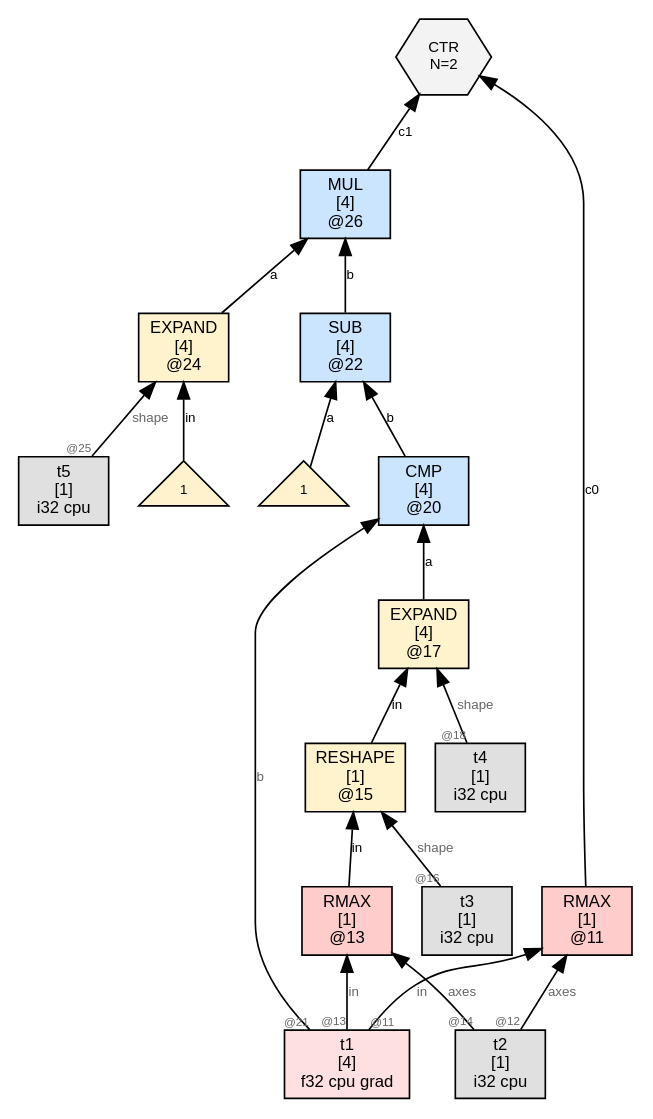
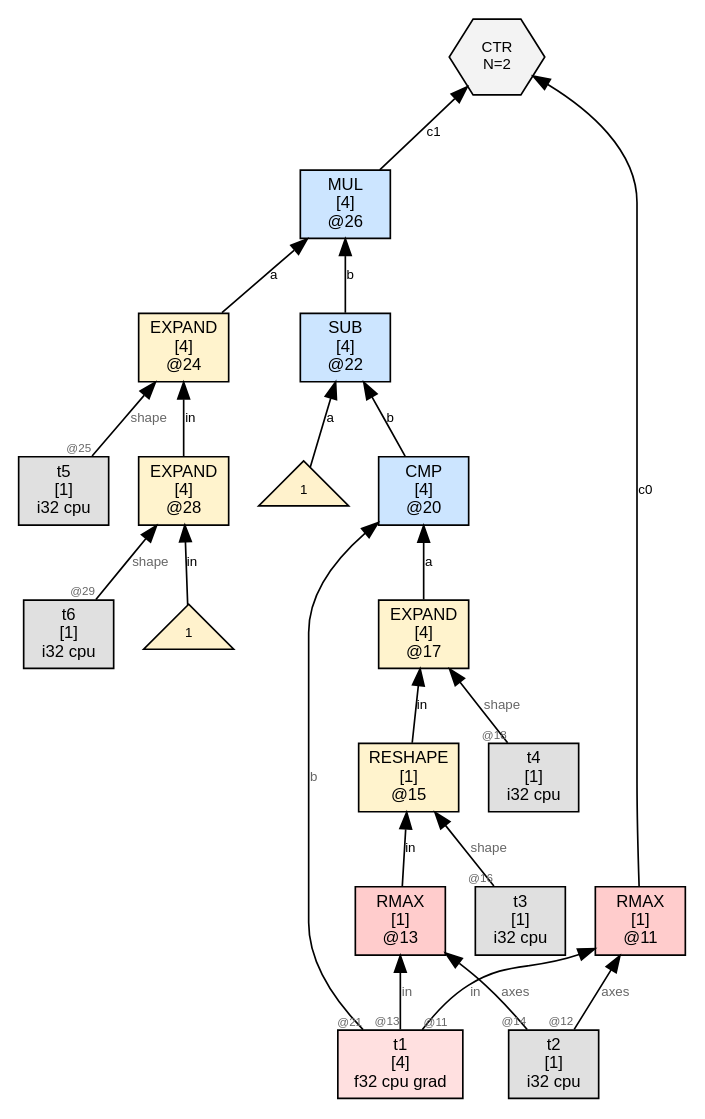
The diagram in wl/examples/thvm_graphs/grad_rules/rmax/thvm_1_post_reduce.dot (sw1sh/TinyHVM), drawn with Graphviz before and after one commit. The commit also changed 2087 other files, not shown here.

First line of the commit message:
grad: TEN matcher emits EXPAND(NUM, shape) for Jacobian leaves

```diff
--- a/wl/examples/thvm_graphs/grad_rules/rmax/thvm_1_post_reduce.dot
+++ b/wl/examples/thvm_graphs/grad_rules/rmax/thvm_1_post_reduce.dot
@@ -1,40 +1,44 @@
 digraph G {
   rankdir=BT;
   node [fontname="Helvetica", fontsize=10, style=filled, shape=box, margin="0.1,0.05"];
   edge [fontsize=8, fontname="Helvetica"];
 
   n26 [label="MUL\n[4]\n@26", shape=box, fillcolor="#cce5ff"];
   n24 -> n26 [label="a"];
   n22 -> n26 [label="b"];
   n11 [label="RMAX\n[1]\n@11", shape=box, fillcolor="#ffcccc"];
   t1 [label="t1\n[4]\nf32 cpu grad",shape=box,fillcolor="#ffe0e0"];
   t1 -> n11 [label="in",taillabel="@11",labelfontsize=7,fontcolor="#666666"];
   t2 [label="t2\n[1]\ni32 cpu",shape=box,fillcolor="#e0e0e0"];
   t2 -> n11 [label="axes",taillabel="@12",labelfontsize=7,fontcolor="#666666"];
   ctr6 [label="CTR\nN=2", shape=hexagon, fillcolor="#f3f3f3", fontsize=9];
   n11 -> ctr6 [label="c0"];
   n26 -> ctr6 [label="c1"];
+  n28 [label="EXPAND\n[4]\n@28", shape=box, fillcolor="#fff3cd"];
+  num28_0 [label="1",shape=triangle,fillcolor="#fff2cc",fontsize=8];
+  num28_0 -> n28 [label="in"];
+  t6 [label="t6\n[1]\ni32 cpu",shape=box,fillcolor="#e0e0e0"];
+  t6 -> n28 [label="shape",taillabel="@29",labelfontsize=7,fontcolor="#666666"];
   n13 [label="RMAX\n[1]\n@13", shape=box, fillcolor="#ffcccc"];
   t1 -> n13 [label="in",taillabel="@13",labelfontsize=7,fontcolor="#666666"];
   t2 -> n13 [label="axes",taillabel="@14",labelfontsize=7,fontcolor="#666666"];
   n15 [label="RESHAPE\n[1]\n@15", shape=box, fillcolor="#fff3cd"];
   n13 -> n15 [label="in"];
   t3 [label="t3\n[1]\ni32 cpu",shape=box,fillcolor="#e0e0e0"];
   t3 -> n15 [label="shape",taillabel="@16",labelfontsize=7,fontcolor="#666666"];
   n17 [label="EXPAND\n[4]\n@17", shape=box, fillcolor="#fff3cd"];
   n15 -> n17 [label="in"];
   t4 [label="t4\n[1]\ni32 cpu",shape=box,fillcolor="#e0e0e0"];
   t4 -> n17 [label="shape",taillabel="@18",labelfontsize=7,fontcolor="#666666"];
   n20 [label="CMP\n[4]\n@20", shape=box, fillcolor="#cce5ff"];
   n17 -> n20 [label="a"];
   t1 -> n20 [label="b",taillabel="@21",labelfontsize=7,fontcolor="#666666"];
   n24 [label="EXPAND\n[4]\n@24", shape=box, fillcolor="#fff3cd"];
-  num24_0 [label="1",shape=triangle,fillcolor="#fff2cc",fontsize=8];
-  num24_0 -> n24 [label="in"];
+  n28 -> n24 [label="in"];
   t5 [label="t5\n[1]\ni32 cpu",shape=box,fillcolor="#e0e0e0"];
   t5 -> n24 [label="shape",taillabel="@25",labelfontsize=7,fontcolor="#666666"];
   n22 [label="SUB\n[4]\n@22", shape=box, fillcolor="#cce5ff"];
   num22_0 [label="1",shape=triangle,fillcolor="#fff2cc",fontsize=8];
   num22_0 -> n22 [label="a"];
   n20 -> n22 [label="b"];
 }
```
